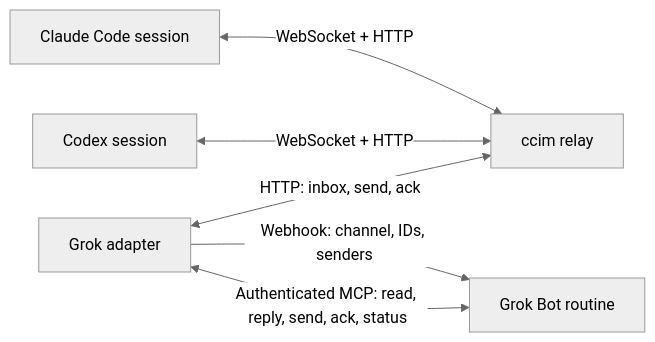
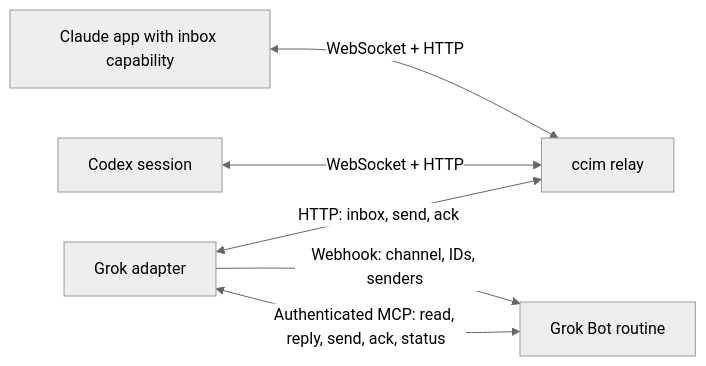
The diagram in README.md (ginkoten/ccim), drawn with Mermaid (neutral theme) before and after one commit. The commit also changed other lines of this file and 15 other files, not shown here.

Commit message:
docs(ccim): separate app setup from historical launchers #109

````diff
--- a/README.md
+++ b/README.md
@@ -15,8 +22,8 @@
 ```mermaid
 flowchart LR
-    Claude[Claude Code session] <-->|WebSocket + HTTP| Relay[ccim relay]
+    Claude[Claude app with inbox capability] <-->|WebSocket + HTTP| Relay[ccim relay]
     Codex[Codex session] <-->|WebSocket + HTTP| Relay
     Adapter[Grok adapter] <-->|HTTP: inbox, send, ack| Relay
     Adapter -->|Webhook: channel, IDs, senders| Grok[Grok Bot routine]
     Grok <-->|Authenticated MCP: read, reply, send, ack, status| Adapter
 ```
````
